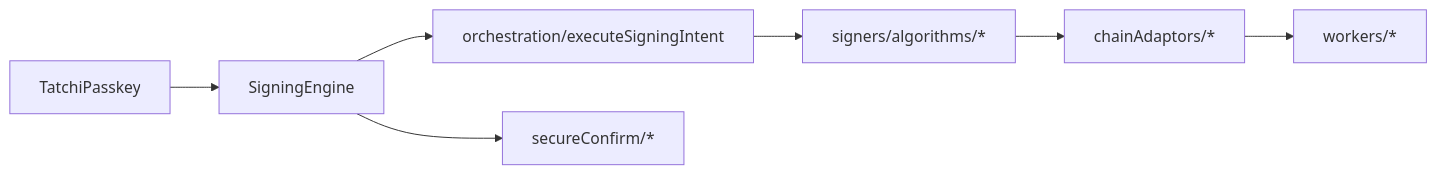
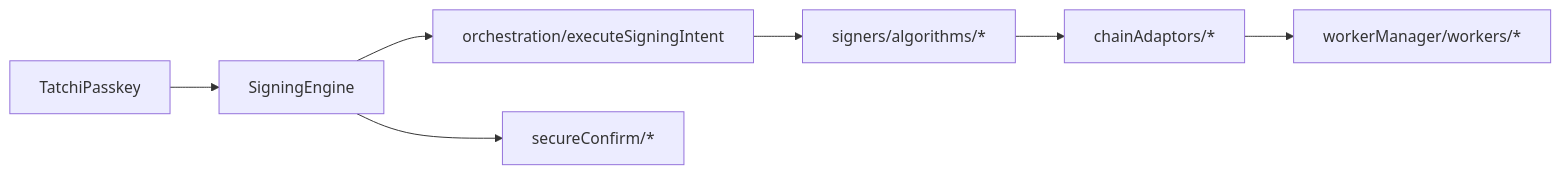
The first of 3 diagrams in client/src/core/signingEngine/README.md (seams-tech/seams-sdk), drawn with Mermaid before and after one commit. The commit also changed other lines of this file and 180 other files, not shown here.

````diff
--- a/client/src/core/signingEngine/README.md
+++ b/client/src/core/signingEngine/README.md
@@ -37,9 +37,9 @@
 ```mermaid
 flowchart LR
   TP["TatchiPasskey"] --> SE["SigningEngine"]
   SE --> ORCH["orchestration/executeSigningIntent"]
   ORCH --> ENG["signers/algorithms/*"]
   ENG --> CHAINS["chainAdaptors/*"]
   SE --> SC["secureConfirm/*"]
-  CHAINS --> WORKERS["workers/*"]
+  CHAINS --> WORKERS["workerManager/workers/*"]
 ```
````
